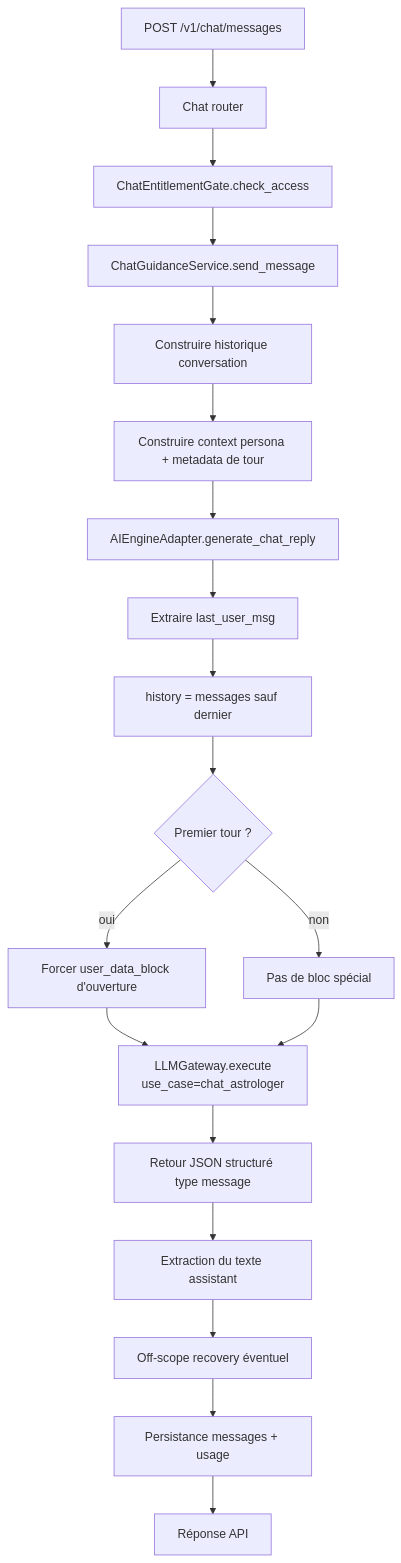
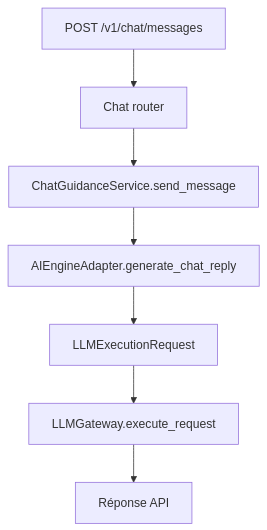
Before and after one commit to daconrilcy/horoscope_front: the third of 4 diagrams in docs/architecture/llm-processus-architecture.md, drawn with Mermaid. The commit also changed other lines of this file and 6 other files, not shown here.

````diff
--- a/docs/architecture/llm-processus-architecture.md
+++ b/docs/architecture/llm-processus-architecture.md
@@ -195,23 +170,9 @@
 ```mermaid
 flowchart TD
     A[POST /v1/chat/messages] --> B[Chat router]
-    B --> C[ChatEntitlementGate.check_access]
-    C --> D[ChatGuidanceService.send_message]
-    D --> E[Construire historique conversation]
-    E --> F[Construire context persona + metadata de tour]
-    F --> G[AIEngineAdapter.generate_chat_reply]
-
-    G --> H[Extraire last_user_msg]
-    H --> I[history = messages sauf dernier]
-    I --> J{Premier tour ?}
-    J -->|oui| K[Forcer user_data_block d'ouverture]
-    J -->|non| L[Pas de bloc spécial]
-    K --> M[LLMGateway.execute<br/>use_case=chat_astrologer]
-    L --> M
-
-    M --> N[Retour JSON structuré type message]
-    N --> O[Extraction du texte assistant]
-    O --> P[Off-scope recovery éventuel]
-    P --> Q[Persistance messages + usage]
-    Q --> R[Réponse API]
+    B --> C[ChatGuidanceService.send_message]
+    C --> D[AIEngineAdapter.generate_chat_reply]
+    D --> E[LLMExecutionRequest]
+    E --> F[LLMGateway.execute_request]
+    F --> G[Réponse API]
 ```
````
